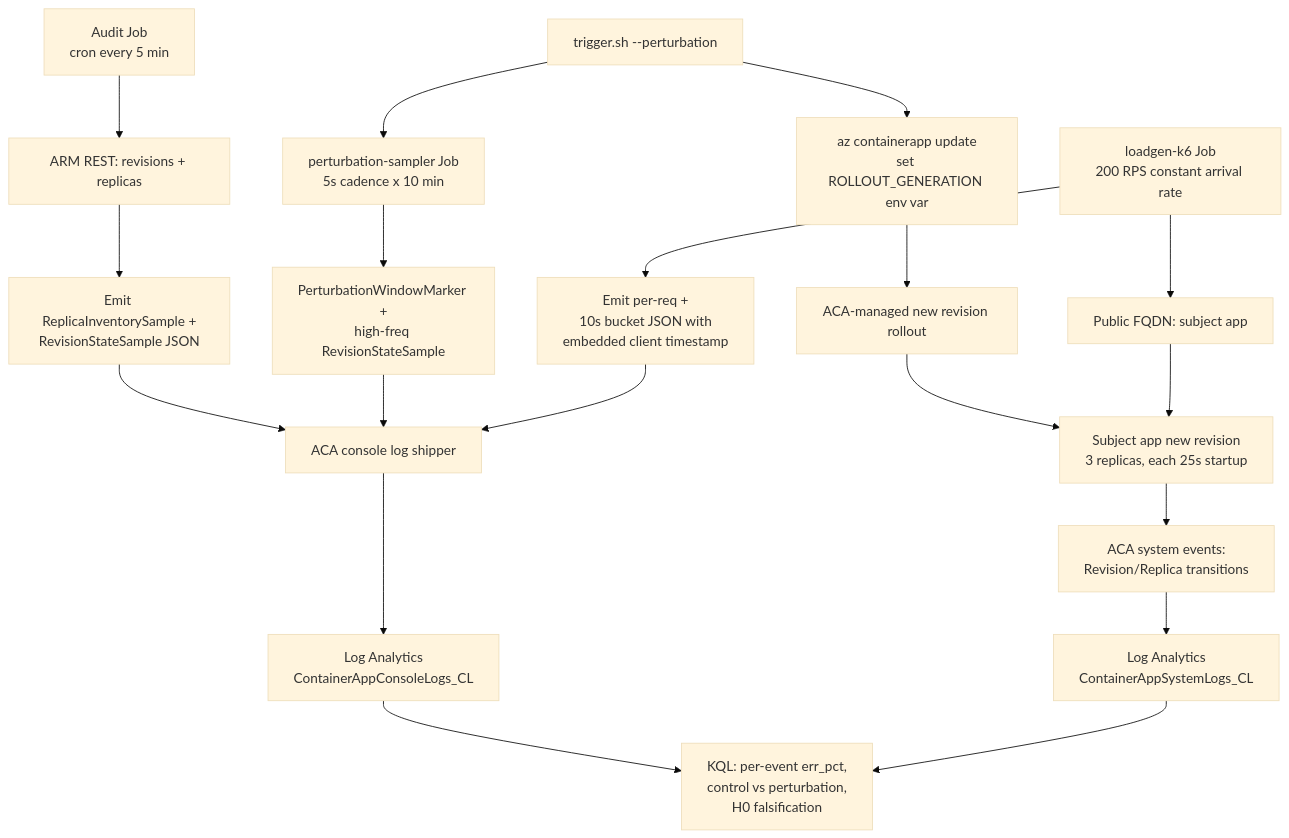
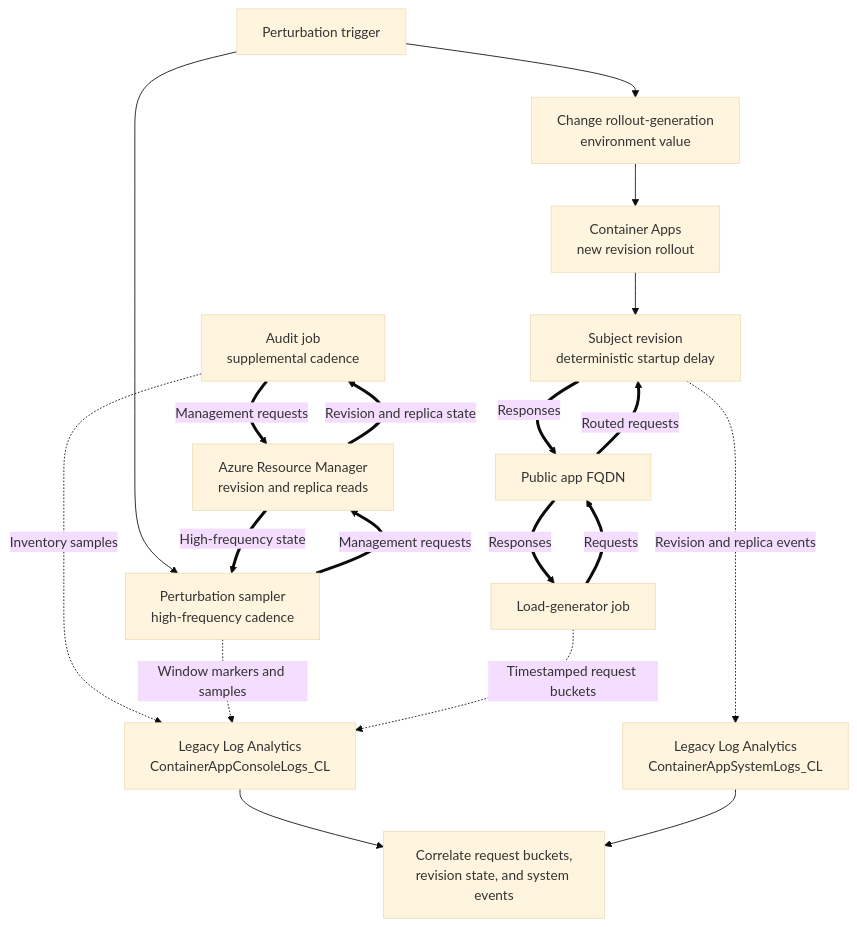
One commit to yeongseon/azure-container-apps-practical-guide changed the diagram in labs/startup-degraded-transient-failure/README.md. Above: the diagram before and after it, drawn with Mermaid (base theme). The commit also changed other lines of this file and 19 other files, not shown here.

First line of the commit message:
docs(diagrams): migrate remaining troubleshooting diagrams (#629)

````diff
--- a/labs/startup-degraded-transient-failure/README.md
+++ b/labs/startup-degraded-transient-failure/README.md
@@ -111,21 +122,37 @@
 ```mermaid
 flowchart TD
-    A[Audit Job<br/>cron every 5 min] --> B[ARM REST: revisions + replicas]
-    B --> C[Emit ReplicaInventorySample +<br/>RevisionStateSample JSON]
-    C --> D[ACA console log shipper]
-    D --> E[Log Analytics<br/>ContainerAppConsoleLogs_CL]
-    F[trigger.sh --perturbation] --> G[perturbation-sampler Job<br/>5s cadence x 10 min]
-    G --> H[PerturbationWindowMarker +<br/>high-freq RevisionStateSample]
-    H --> D
-    F --> I[az containerapp update<br/>set ROLLOUT_GENERATION env var]
-    I --> J[ACA-managed new revision rollout]
-    J --> K[Subject app new revision<br/>3 replicas, each 25s startup]
-    K --> L[ACA system events:<br/>Revision/Replica transitions]
-    L --> M[Log Analytics<br/>ContainerAppSystemLogs_CL]
-    N[loadgen-k6 Job<br/>200 RPS constant arrival rate] --> O[Public FQDN: subject app]
-    O --> K
-    N --> P[Emit per-req +<br/>10s bucket JSON with<br/>embedded client timestamp]
-    P --> D
-    E --> Q[KQL: per-event err_pct,<br/>control vs perturbation,<br/>H0 falsification]
-    M --> Q
+    accTitle: Startup-degraded perturbation and evidence flow
+    accDescr: Correlate a controlled revision rollout with high-frequency revision sampling, client-side request buckets, and legacy Log Analytics console and system tables.
+
+    AUDIT[Audit job<br/>supplemental cadence]
+    ARM[Azure Resource Manager<br/>revision and replica reads]
+    TRIGGER[Perturbation trigger]
+    SAMPLER[Perturbation sampler<br/>high-frequency cadence]
+    UPDATE[Change rollout-generation<br/>environment value]
+    ROLLOUT[Container Apps<br/>new revision rollout]
+    SUBJECT[Subject revision<br/>deterministic startup delay]
+    LOAD[Load-generator job]
+    FQDN[Public app FQDN]
+    CONSOLE[Legacy Log Analytics<br/>ContainerAppConsoleLogs_CL]
+    SYSTEM[Legacy Log Analytics<br/>ContainerAppSystemLogs_CL]
+    QUERY[Correlate request buckets,<br/>revision state, and system events]
+
+    AUDIT ==>|Management requests| ARM
+    ARM ==>|Revision and replica state| AUDIT
+    AUDIT -.->|Inventory samples| CONSOLE
+    TRIGGER --> SAMPLER
+    SAMPLER ==>|Management requests| ARM
+    ARM ==>|High-frequency state| SAMPLER
+    SAMPLER -.->|Window markers and samples| CONSOLE
+    TRIGGER --> UPDATE
+    UPDATE --> ROLLOUT
+    ROLLOUT --> SUBJECT
+    SUBJECT -.->|Revision and replica events| SYSTEM
+    LOAD ==>|Requests| FQDN
+    FQDN ==>|Routed requests| SUBJECT
+    SUBJECT ==>|Responses| FQDN
+    FQDN ==>|Responses| LOAD
+    LOAD -.->|Timestamped request buckets| CONSOLE
+    CONSOLE --> QUERY
+    SYSTEM --> QUERY
 ```
````
